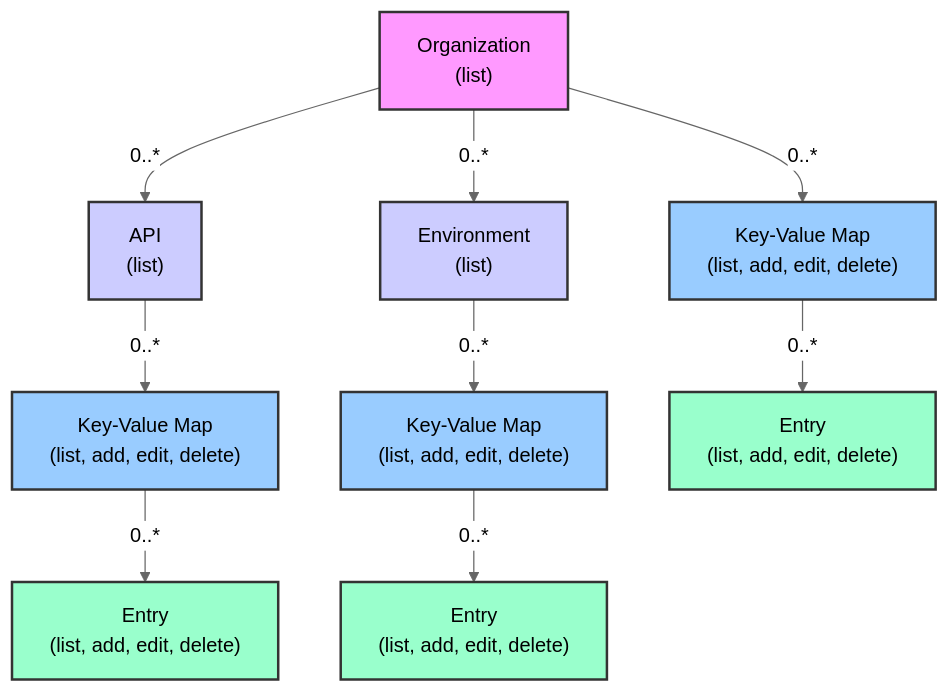
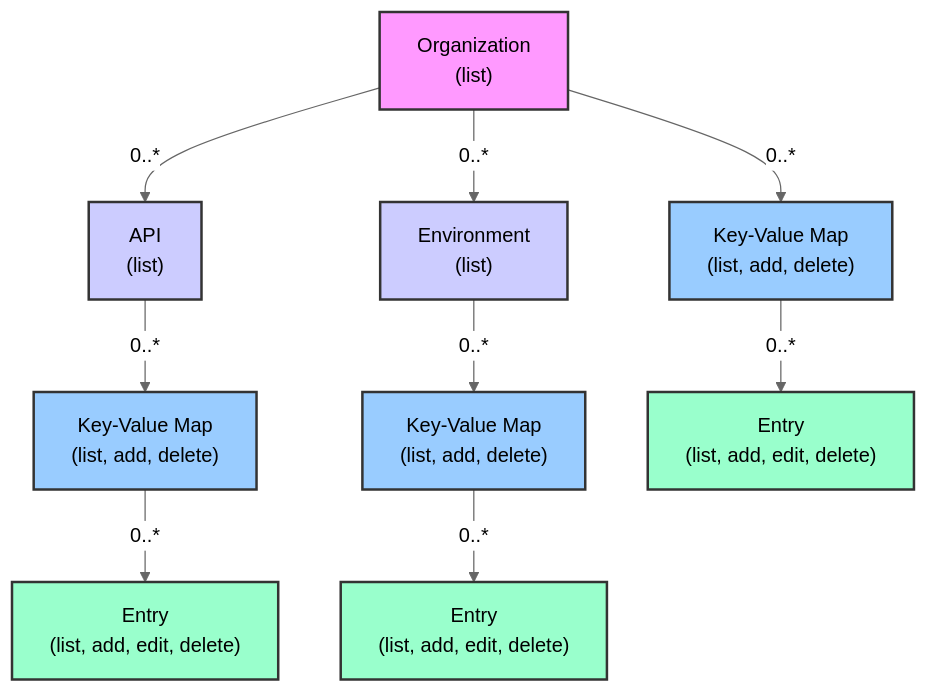
The diagram in apps/acc/src/app/apigee/docs/structure.md (konradst/acc), drawn with Mermaid (neutral theme) before and after one commit. The commit also changed 5 other files, not shown here.

Commit message:
kvm org crud

````diff
--- a/apps/acc/src/app/apigee/docs/structure.md
+++ b/apps/acc/src/app/apigee/docs/structure.md
@@ -3,31 +3,31 @@
 ```mermaid
 graph TD;
     %% Define Nodes with Module Name and Methods
     Org["Organization<br/>(list)"]:::level1;
     API["API<br/>(list)"]:::level2;
     Env["Environment<br/>(list)"]:::level2;
-    OrgKVM["Key-Value Map<br/>(list, add, edit, delete)"]:::level3;
-    ApiKVM["Key-Value Map<br/>(list, add, edit, delete)"]:::level3;
-    EnvKVM["Key-Value Map<br/>(list, add, edit, delete)"]:::level3;
+    OrgKVM["Key-Value Map<br/>(list, add, delete)"]:::level3;
+    ApiKVM["Key-Value Map<br/>(list, add, delete)"]:::level3;
+    EnvKVM["Key-Value Map<br/>(list, add, delete)"]:::level3;
     OrgEntry["Entry<br/>(list, add, edit, delete)"]:::level4;
     ApiEntry["Entry<br/>(list, add, edit, delete)"]:::level4;
     EnvEntry["Entry<br/>(list, add, edit, delete)"]:::level4;
 
     %% Define Relationships and Cardinality
     Org -- "0..*" --> API;
     Org -- "0..*" --> Env;
     Org -- "0..*"--> OrgKVM;
 
     API -- "0..*" --> ApiKVM;
     Env -- "0..*" --> EnvKVM;
 
     OrgKVM -- "0..*" --> OrgEntry;
     ApiKVM -- "0..*" --> ApiEntry;
     EnvKVM -- "0..*" --> EnvEntry;
 
     %% Optional Styling (adjust colors/shapes as needed)
     classDef level1 fill:#f9f,stroke:#333,stroke-width:2px;
     classDef level2 fill:#ccf,stroke:#333,stroke-width:2px;
     classDef level3 fill:#9cf,stroke:#333,stroke-width:2px;
     classDef level4 fill:#9fc,stroke:#333,stroke-width:2px;
 ```
````
